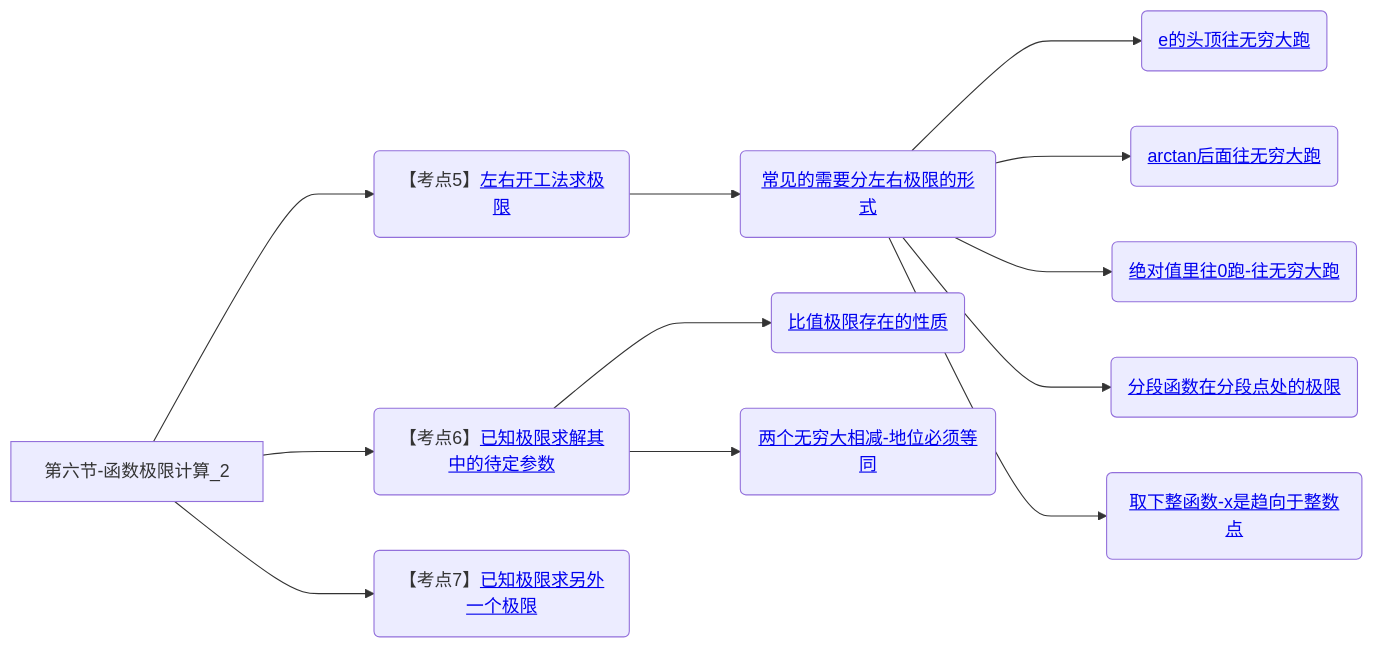
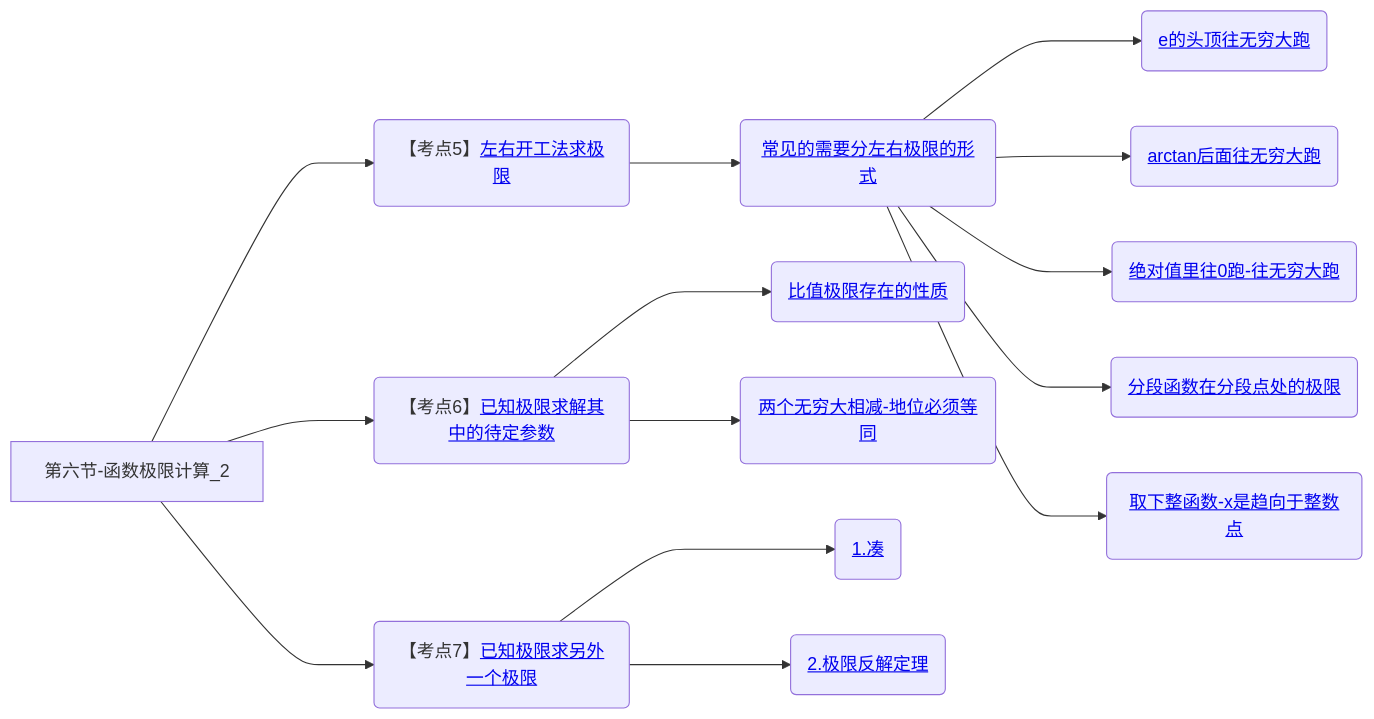
The sixth of 6 diagrams in 笔记/数学/周洋鑫/01.基础班思维导图.md (yuebinghui/note), drawn with Mermaid before and after one commit. The commit also changed 6 other files, not shown here.

````diff
--- a/笔记/数学/周洋鑫/01.基础班思维导图.md
+++ b/笔记/数学/周洋鑫/01.基础班思维导图.md
@@ -226,20 +226,22 @@
 ```mermaid
 graph LR
 第六节-函数极限计算_2
 
 第六节-函数极限计算_2--->左右开工法求极限(【考点5】<a href="/Users/yuebinghui/Documents/program/github/note/笔记/数学/周洋鑫/基础班/06.函数极限计算_2.md#左右开工法求极限">左右开工法求极限</>)
 左右开工法求极限--->常见的需要分左右极限的形式(<a href="/Users/yuebinghui/Documents/program/github/note/笔记/数学/周洋鑫/基础班/06.函数极限计算_2.md#常见的需要分左右极限的形式">常见的需要分左右极限的形式</>)
 常见的需要分左右极限的形式--->e的头顶往无穷大跑(<a href="/Users/yuebinghui/Documents/program/github/note/笔记/数学/周洋鑫/基础班/06.函数极限计算_2.md#e的头顶往无穷大跑">e的头顶往无穷大跑</>)
 常见的需要分左右极限的形式--->arctan后面往无穷大跑(<a href="/Users/yuebinghui/Documents/program/github/note/笔记/数学/周洋鑫/基础班/06.函数极限计算_2.md#arctan后面往无穷大跑">arctan后面往无穷大跑</>)
 常见的需要分左右极限的形式--->绝对值里往0跑(<a href="/Users/yuebinghui/Documents/program/github/note/笔记/数学/周洋鑫/基础班/06.函数极限计算_2.md#绝对值里往0跑">绝对值里往0跑-往无穷大跑</>)
 常见的需要分左右极限的形式--->分段函数在分段点处的极限(<a href="/Users/yuebinghui/Documents/program/github/note/笔记/数学/周洋鑫/基础班/06.函数极限计算_2.md#分段函数在分段点处的极限">分段函数在分段点处的极限</>)
 常见的需要分左右极限的形式--->取整函数(<a href="/Users/yuebinghui/Documents/program/github/note/笔记/数学/周洋鑫/基础班/06.函数极限计算_2.md#取整函数">取下整函数-x是趋向于整数点</>)
 
 第六节-函数极限计算_2--->已知极限求解其中的待定参数(【考点6】<a href="/Users/yuebinghui/Documents/program/github/note/笔记/数学/周洋鑫/基础班/06.函数极限计算_2.md#已知极限求解其中的待定参数">已知极限求解其中的待定参数</>)
 已知极限求解其中的待定参数--->比值极限存在的性质(<a href="/Users/yuebinghui/Documents/program/github/note/笔记/数学/周洋鑫/基础班/06.函数极限计算_2.md#比值极限存在的性质">比值极限存在的性质</>)
 已知极限求解其中的待定参数--->两个无穷大相减-地位必须等同(<a href="/Users/yuebinghui/Documents/program/github/note/笔记/数学/周洋鑫/基础班/06.函数极限计算_2.md#两个无穷大相减-地位必须等同">两个无穷大相减-地位必须等同</>)
 
 第六节-函数极限计算_2--->已知极限求另外一个极限(【考点7】<a href="/Users/yuebinghui/Documents/program/github/note/笔记/数学/周洋鑫/基础班/06.函数极限计算_2.md#已知极限求另外一个极限">已知极限求另外一个极限</>)
+已知极限求另外一个极限--->1.凑(<a href="/Users/yuebinghui/Documents/program/github/note/笔记/数学/周洋鑫/基础班/06.函数极限计算_2.md#1.凑">1.凑</>)
+已知极限求另外一个极限--->2.极限反解定理(<a href="/Users/yuebinghui/Documents/program/github/note/笔记/数学/周洋鑫/基础班/06.函数极限计算_2.md#2.极限反解定理">2.极限反解定理</>)
 
 
 ```
````
